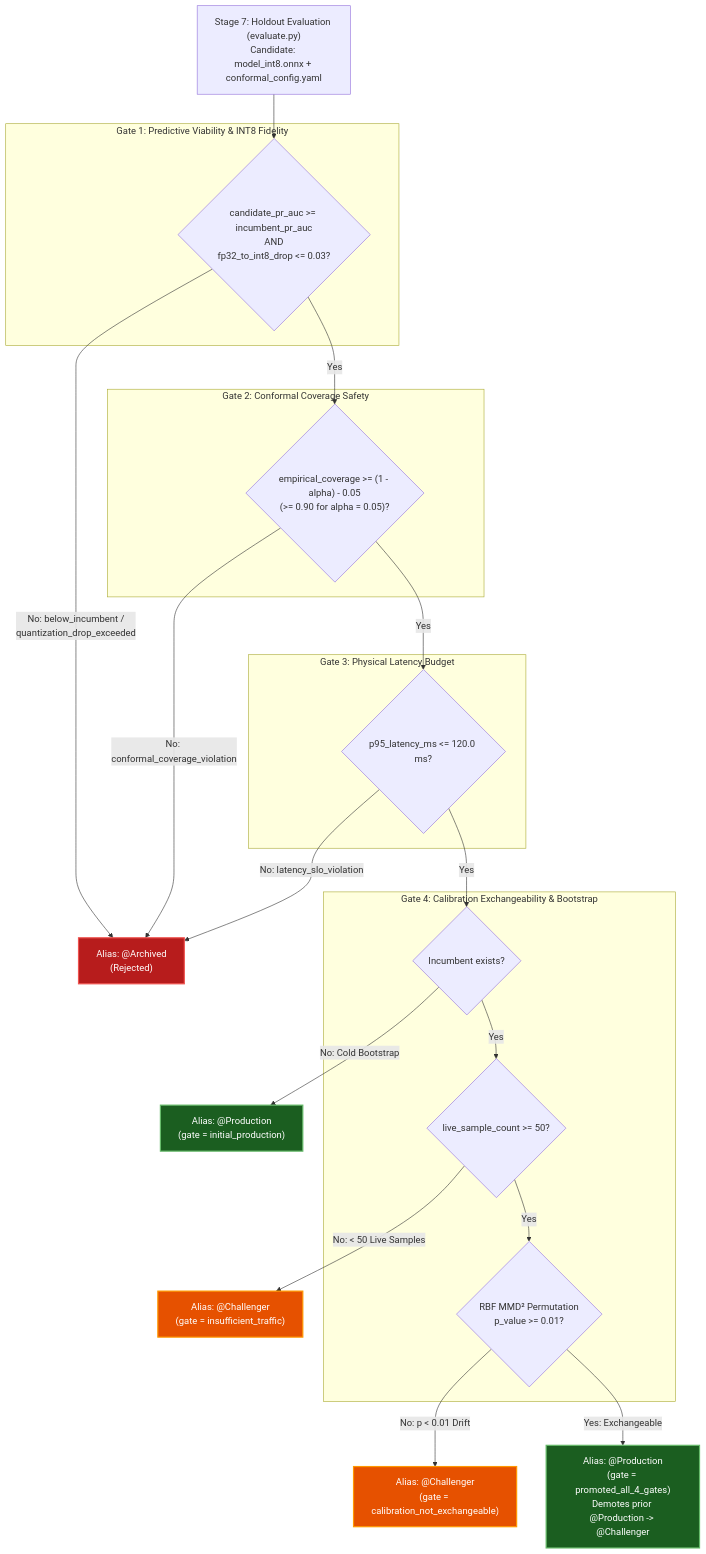
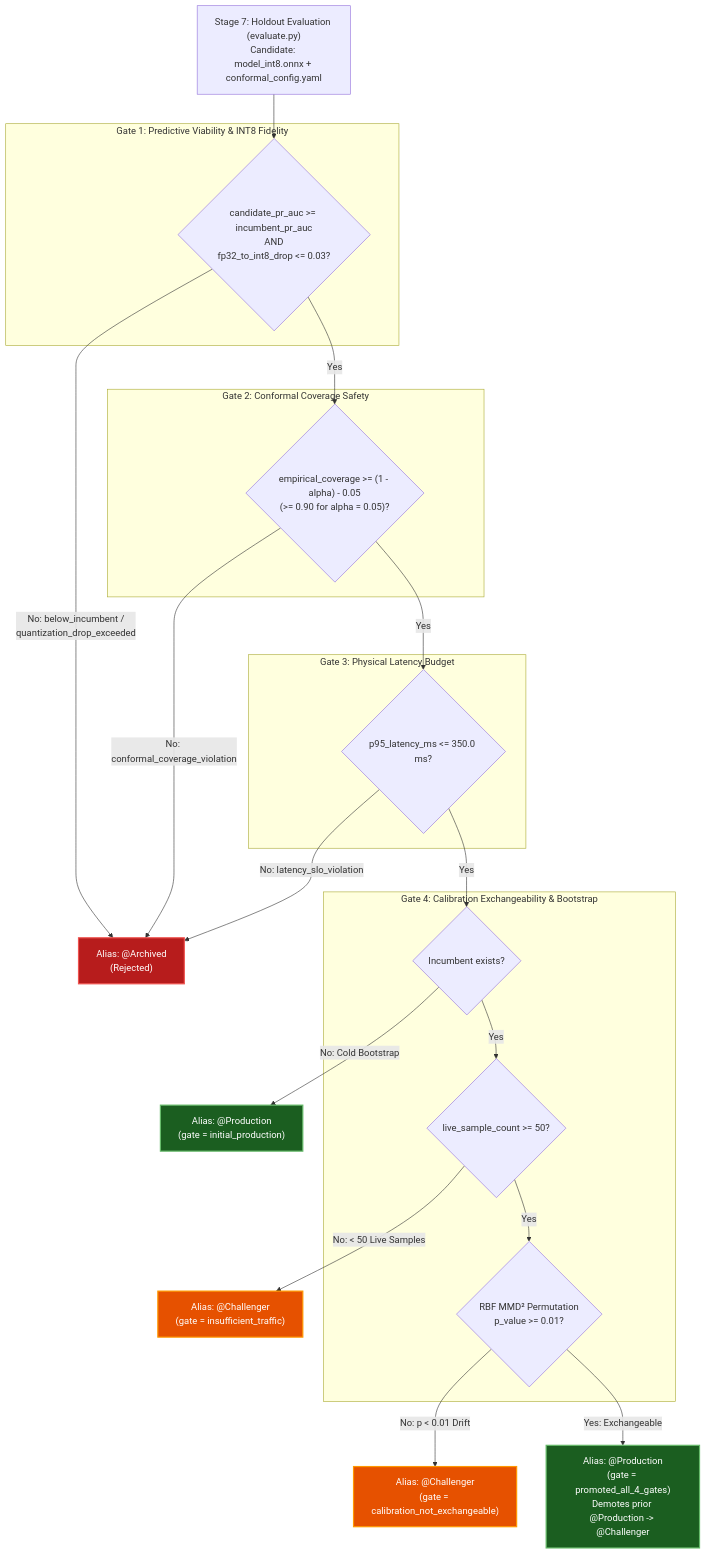
Before and after one commit to foersben/taxon-vision-mlops: the first of 2 diagrams in docs/model_engineering/model_promotion_gates.md, drawn with Mermaid. The commit also changed other lines of this file and 35 other files, not shown here.

````diff
--- a/docs/model_engineering/model_promotion_gates.md
+++ b/docs/model_engineering/model_promotion_gates.md
@@ -34,46 +34,46 @@
 ```mermaid
 flowchart TD
     Start["Stage 7: Holdout Evaluation (evaluate.py)<br/>Candidate: model_int8.onnx + conformal_config.yaml"] --> G1
 
     subgraph Gate1["Gate 1: Predictive Viability & INT8 Fidelity"]
         G1{"candidate_pr_auc >= incumbent_pr_auc<br/>AND<br/>fp32_to_int8_drop <= 0.03?"}
     end
 
     subgraph Gate2["Gate 2: Conformal Coverage Safety"]
         G2{"empirical_coverage >= (1 - alpha) - 0.05<br/>(>= 0.90 for alpha = 0.05)?"}
     end
 
     subgraph Gate3["Gate 3: Physical Latency Budget"]
-        G3{"p95_latency_ms <= 120.0 ms?"}
+        G3{"p95_latency_ms <= 350.0 ms?"}
     end
 
     subgraph Gate4["Gate 4: Calibration Exchangeability & Bootstrap"]
         G4A{"Incumbent exists?"}
         G4B{"live_sample_count >= 50?"}
         G4C{"RBF MMD² Permutation<br/>p_value >= 0.01?"}
     end
 
     G1 -->|No: below_incumbent /<br/>quantization_drop_exceeded| Arch["Alias: @Archived<br/>(Rejected)"]
     G1 -->|Yes| G2
 
     G2 -->|No: conformal_coverage_violation| Arch
     G2 -->|Yes| G3
 
     G3 -->|No: latency_slo_violation| Arch
     G3 -->|Yes| G4A
 
     G4A -->|No: Cold Bootstrap| ProdInit["Alias: @Production<br/>(gate = initial_production)"]
     G4A -->|Yes| G4B
 
     G4B -->|No: < 50 Live Samples| Chal1["Alias: @Challenger<br/>(gate = insufficient_traffic)"]
     G4B -->|Yes| G4C
 
     G4C -->|No: p < 0.01 Drift| Chal2["Alias: @Challenger<br/>(gate = calibration_not_exchangeable)"]
     G4C -->|Yes: Exchangeable| ProdProm["Alias: @Production<br/>(gate = promoted_all_4_gates)<br/>Demotes prior @Production -> @Challenger"]
 
     style Arch fill:#b71c1c,stroke:#ef5350,stroke-width:2px,color:#ffffff
     style Chal1 fill:#e65100,stroke:#ff9800,stroke-width:2px,color:#ffffff
     style Chal2 fill:#e65100,stroke:#ff9800,stroke-width:2px,color:#ffffff
     style ProdInit fill:#1b5e20,stroke:#66bb6a,stroke-width:2px,color:#ffffff
     style ProdProm fill:#1b5e20,stroke:#66bb6a,stroke-width:2px,color:#ffffff
 ```
````
